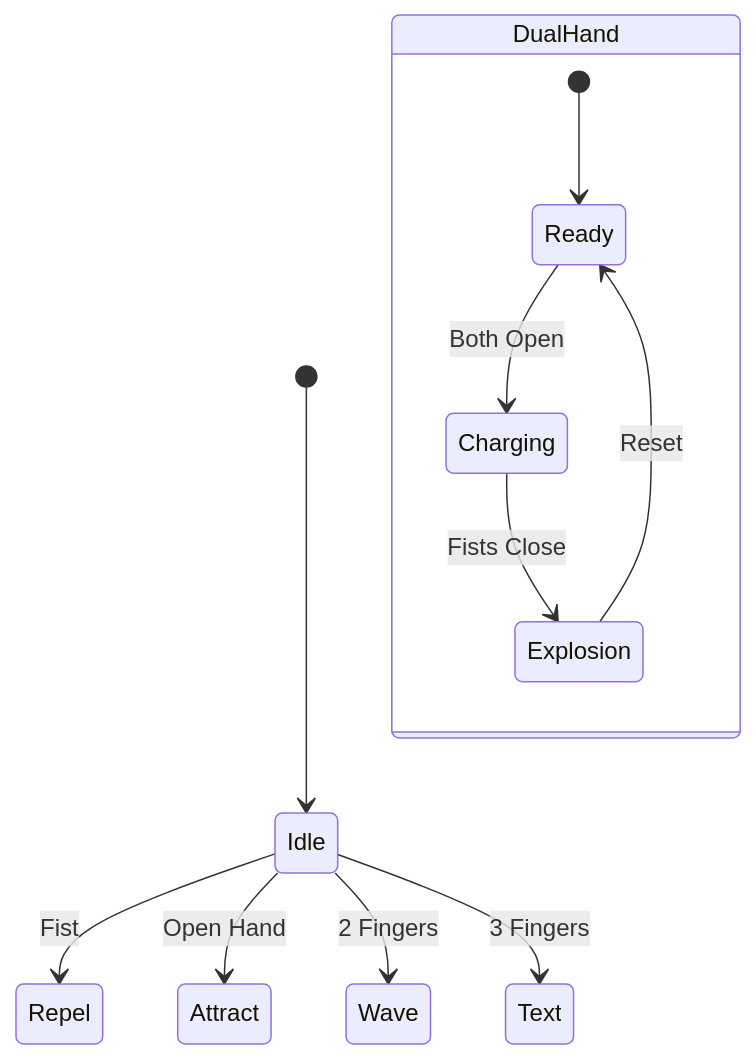
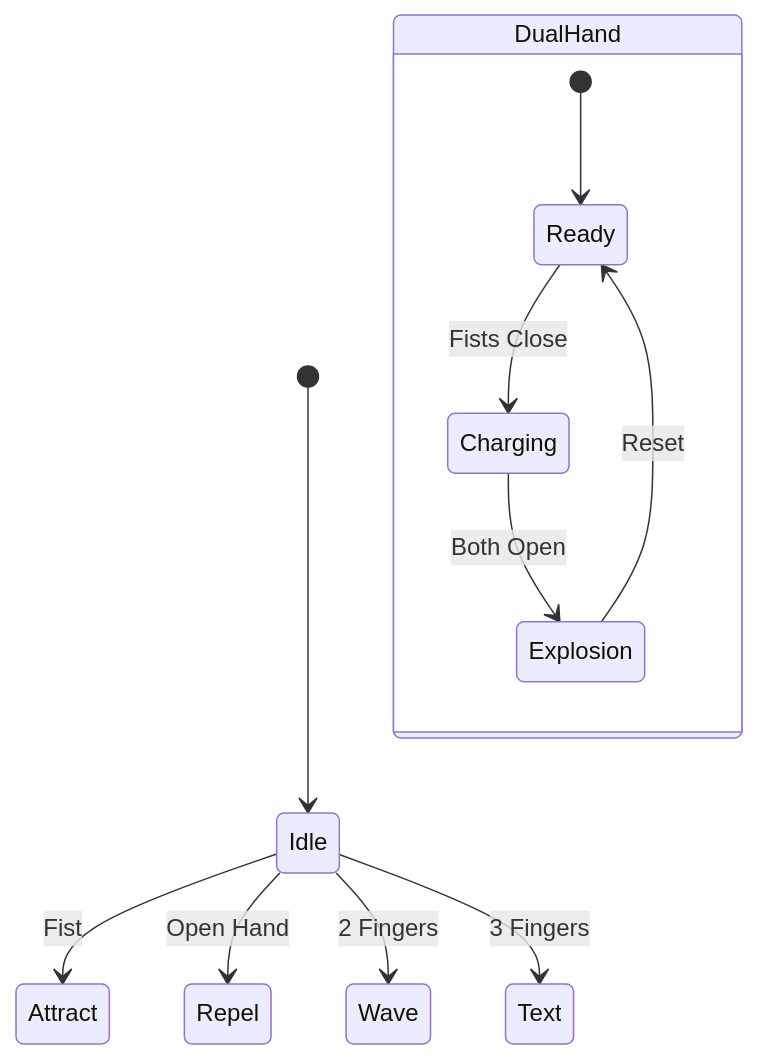
The third of 3 diagrams in README.md (Ahmad-Abudllah-Ahmad/real-time-hand-gestures-), drawn with Mermaid before and after one commit. The commit also changed other lines of this file and 2 other files, not shown here.

Commit message:
Docs & Logic: Swapped gestures (Fist=Attract, Open=Explode) and updated README

````diff
--- a/README.md
+++ b/README.md
@@ -77,15 +77,15 @@
 ```mermaid
 stateDiagram-v2
     [*] --> Idle
-    Idle --> Repel: Fist
-    Idle --> Attract: Open Hand
+    Idle --> Attract: Fist
+    Idle --> Repel: Open Hand
     Idle --> Wave: 2 Fingers
     Idle --> Text: 3 Fingers
     
     state DualHand {
         [*] --> Ready
-        Ready --> Charging: Both Open
-        Charging --> Explosion: Fists Close
+        Ready --> Charging: Fists Close
+        Charging --> Explosion: Both Open
         Explosion --> Ready: Reset
     }
 ```
````
